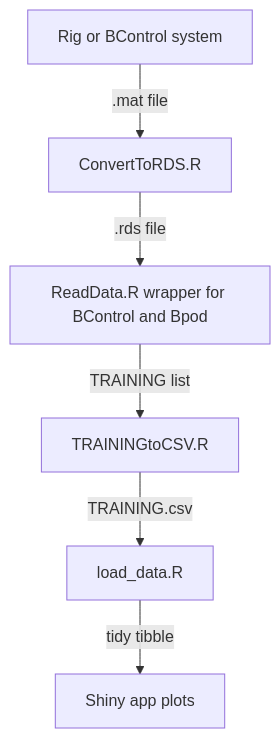
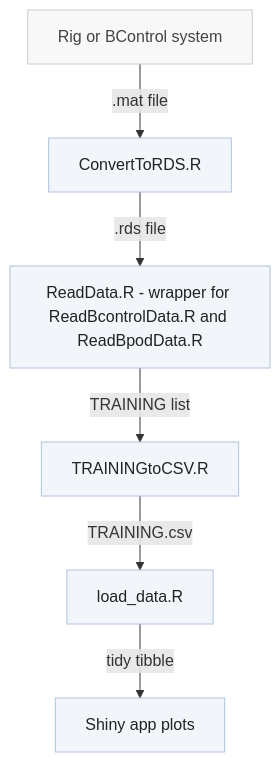
Before and after one commit to LIMLabSWC/shiny-performance-tracking: the diagram in docs/architecture.md, drawn with Mermaid.

Commit message:
update mermaid graph

````diff
--- a/docs/architecture.md
+++ b/docs/architecture.md
@@ -25,10 +25,18 @@
 ```mermaid
 graph TD
 
-  %% Step 0: Source
+  %% Pipeline
   A[Rig or BControl system] -->|.mat file| B[ConvertToRDS.R]
-  B -->|.rds file| C[ReadData.R wrapper for BControl and Bpod]
+  B -->|.rds file| C[ReadData.R - wrapper for ReadBcontrolData.R and ReadBpodData.R]
   C -->|TRAINING list| D[TRAININGtoCSV.R]
   D -->|TRAINING.csv| E[load_data.R]
   E -->|tidy tibble| F[Shiny app plots]
+
+  %% Unified styling based on function
+  classDef script fill:#f2f6fa,stroke:#b0c4de,color:#222;
+  classDef file fill:#f8f8f8,stroke:#ccc,color:#444;
+
+  class A,D file;
+  class B,C,D,E,F script;
+
 ```
````
